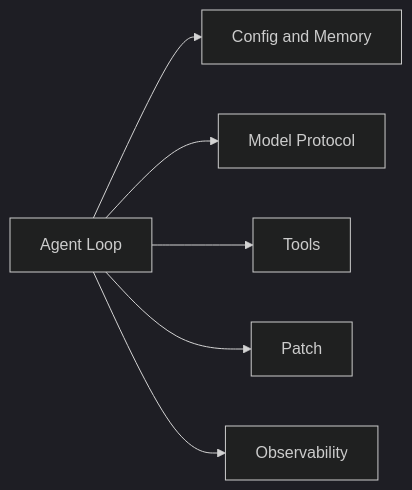
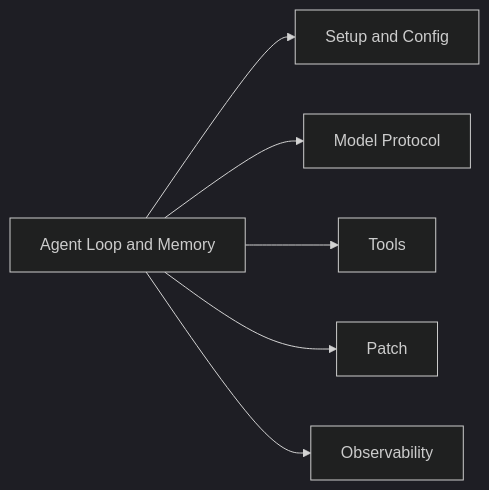
Before and after one commit to mtov/minixx: the second of 2 diagrams in README.md, drawn with Mermaid (dark theme). The commit also changed other lines of this file, not shown here.

````diff
--- a/README.md
+++ b/README.md
@@ -221,8 +221,8 @@
 ```mermaid
 flowchart LR
-    A[Agent Loop] --> B[Config and Memory]
+    A[Agent Loop and Memory] --> B[Setup and Config]
     A --> C[Model Protocol]
     A --> D[Tools]
     A --> E[Patch]
     A --> F[Observability]
 ```
````
